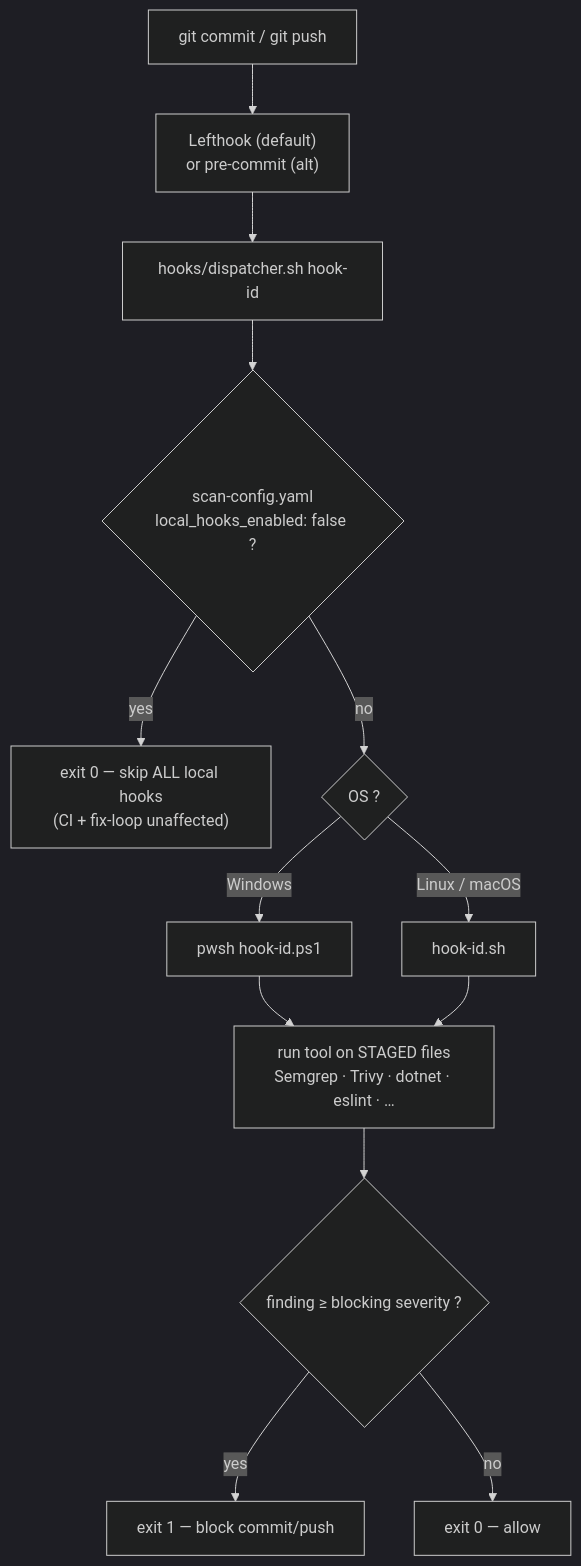
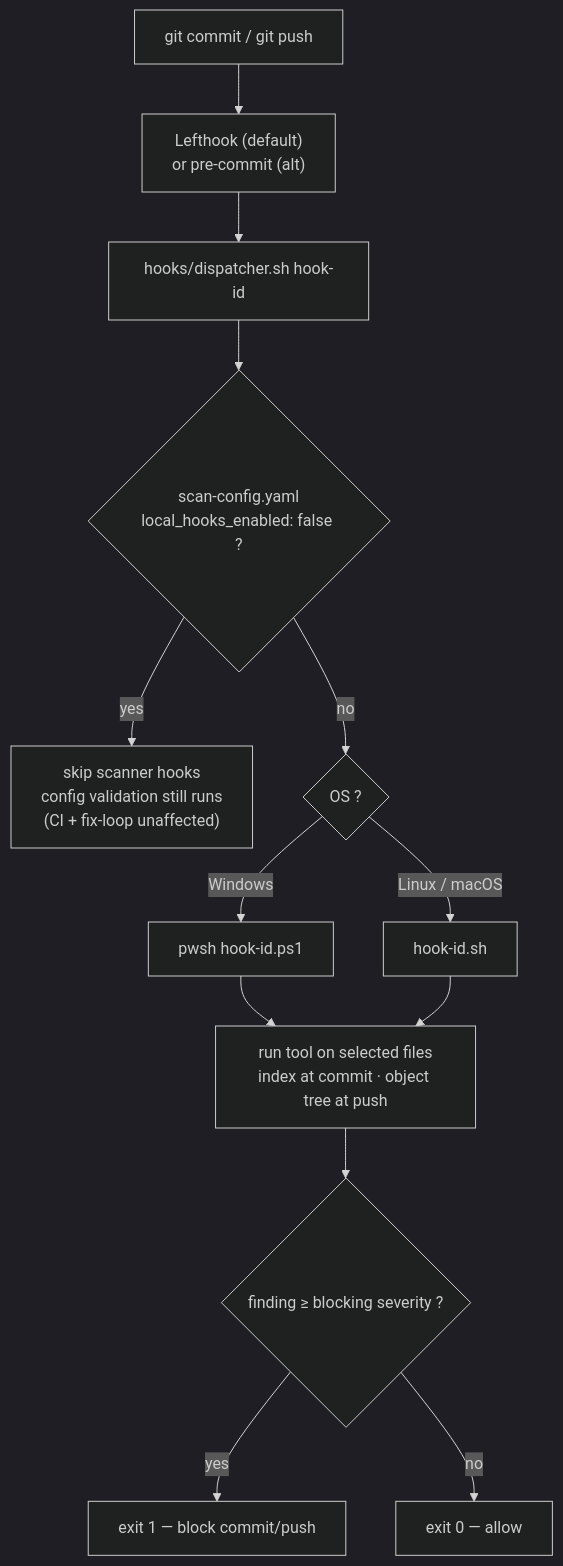
One commit to agenticcodingops/auto-code-scanning changed the second of 5 diagrams in README.md. Above: the diagram before and after it, drawn with Mermaid (dark theme). The commit also changed other lines of this file and 28 other files, not shown here.

Commit message:
fix(hooks)!: validate pushed objects and staged consumer configuration

````diff
--- a/README.md
+++ b/README.md
@@ -103,15 +105,15 @@
 ```mermaid
 flowchart TD
     ev["git commit / git push"] --> lh["Lefthook (default)<br/>or pre-commit (alt)"]
     lh --> disp["hooks/dispatcher.sh hook-id"]
     disp --> ks{"scan-config.yaml<br/>local_hooks_enabled: false ?"}
-    ks -->|"yes"| skip["exit 0 — skip ALL local hooks<br/>(CI + fix-loop unaffected)"]
+    ks -->|"yes"| skip["skip scanner hooks<br/>config validation still runs<br/>(CI + fix-loop unaffected)"]
     ks -->|"no"| os{"OS ?"}
     os -->|"Windows"| ps["pwsh hook-id.ps1"]
     os -->|"Linux / macOS"| sh["hook-id.sh"]
-    ps --> tool["run tool on STAGED files<br/>Semgrep · Trivy · dotnet · eslint · …"]
+    ps --> tool["run tool on selected files<br/>index at commit · object tree at push"]
     sh --> tool
     tool --> res{"finding ≥ blocking severity ?"}
     res -->|"yes"| block["exit 1 — block commit/push"]
     res -->|"no"| pass["exit 0 — allow"]
 ```
````
